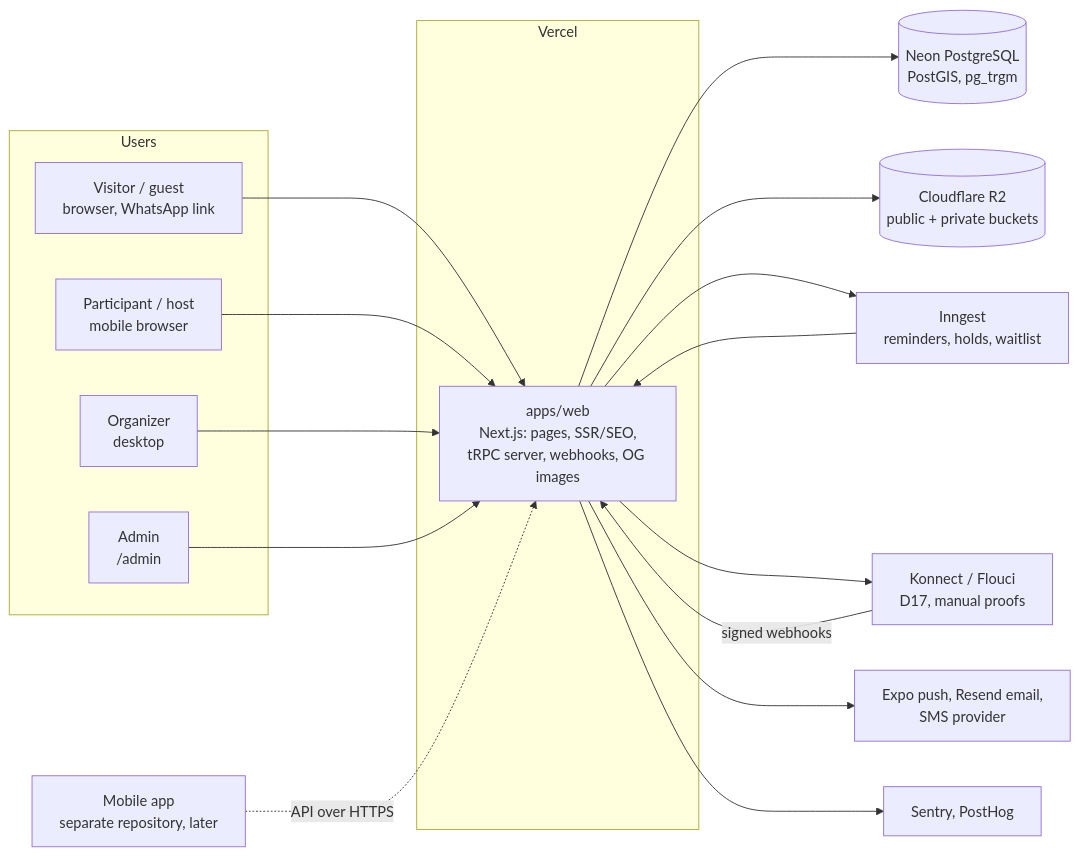
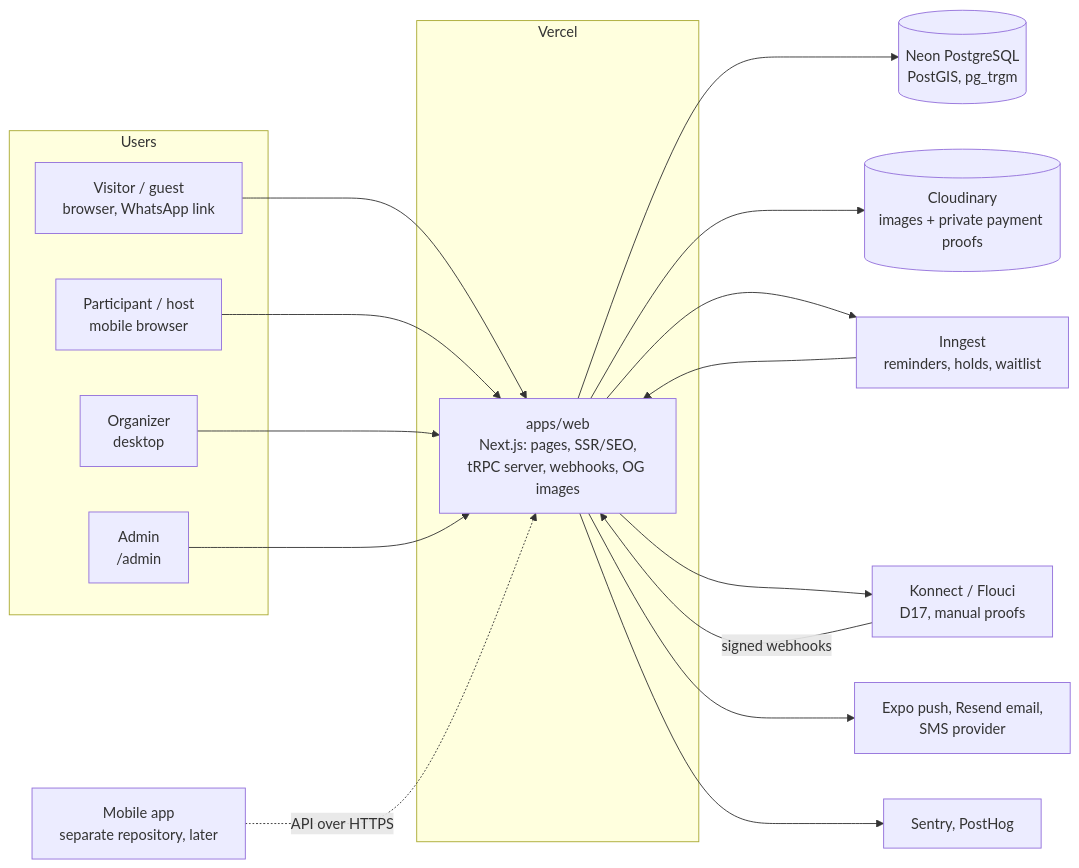
Before and after one commit to Hedi-Bouhelii/Doulisha: the first of 4 diagrams in docs/ARCHITECTURE.md, drawn with Mermaid. The commit also changed 8 other files, not shown here.

First line of the commit message:
feat(web): Cloudinary environment variables for images (MED-01)

````diff
--- a/docs/ARCHITECTURE.md
+++ b/docs/ARCHITECTURE.md
@@ -13,30 +13,30 @@
 ```mermaid
 flowchart LR
   subgraph Users
     V[Visitor / guest<br/>browser, WhatsApp link]
     P[Participant / host<br/>mobile browser]
     O[Organizer<br/>desktop]
     A[Admin<br/>/admin]
   end
 
   subgraph Vercel
     WEB[apps/web<br/>Next.js: pages, SSR/SEO,<br/>tRPC server, webhooks, OG images]
   end
 
   MOB[Mobile app<br/>separate repository, later]
 
   V --> WEB
   P --> WEB
   O --> WEB
   A --> WEB
   MOB -. API over HTTPS .-> WEB
 
   WEB --> NEON[(Neon PostgreSQL<br/>PostGIS, pg_trgm)]
-  WEB --> R2[(Cloudflare R2<br/>public + private buckets)]
+  WEB --> MEDIA[(Cloudinary<br/>images + private payment proofs)]
   WEB --> JOBS[Inngest<br/>reminders, holds, waitlist]
   JOBS --> WEB
   WEB --> PAY[Konnect / Flouci<br/>D17, manual proofs]
   PAY -- signed webhooks --> WEB
   WEB --> NOTIF[Expo push, Resend email,<br/>SMS provider]
   WEB --> OBS[Sentry, PostHog]
 ```
````
